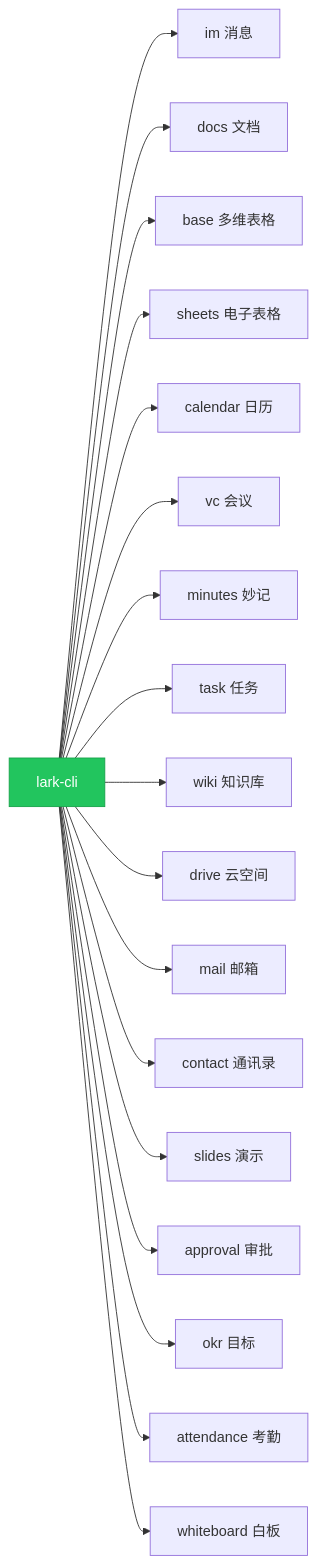
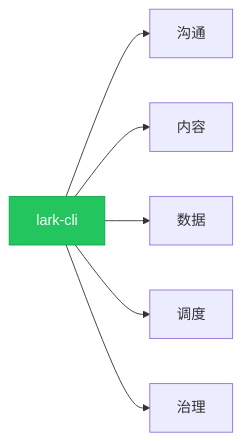
One commit to ymzlsy/wiki changed the ninth of 16 diagrams in lark-cli/index.md. Above: the diagram before and after it, drawn with Mermaid. The commit also changed other lines of this file and 2 other files, not shown here.

First line of the commit message:
feat(lark-cli): rewrite Ch1 vs 智能伙伴/智能体 + shrink mermaid diagrams

````diff
--- a/lark-cli/index.md
+++ b/lark-cli/index.md
@@ -574,23 +626,9 @@
 ```mermaid
-graph LR
-    CLI[lark-cli]
-    CLI --> IM[im 消息]
-    CLI --> DOCS[docs 文档]
-    CLI --> BASE[base 多维表格]
-    CLI --> SHEETS[sheets 电子表格]
-    CLI --> CAL[calendar 日历]
-    CLI --> VC[vc 会议]
-    CLI --> MIN[minutes 妙记]
-    CLI --> TASK[task 任务]
-    CLI --> WIKI[wiki 知识库]
-    CLI --> DRIVE[drive 云空间]
-    CLI --> MAIL[mail 邮箱]
-    CLI --> CONTACT[contact 通讯录]
-    CLI --> SLIDES[slides 演示]
-    CLI --> APPROVAL[approval 审批]
-    CLI --> OKR[okr 目标]
-    CLI --> ATT[attendance 考勤]
-    CLI --> WB[whiteboard 白板]
-
+flowchart LR
+    CLI[lark-cli] --> A[沟通]
+    CLI --> B[内容]
+    CLI --> C[数据]
+    CLI --> D[调度]
+    CLI --> E[治理]
     style CLI fill:#22c55e,stroke:#16a34a,color:#fff
 ```
````
